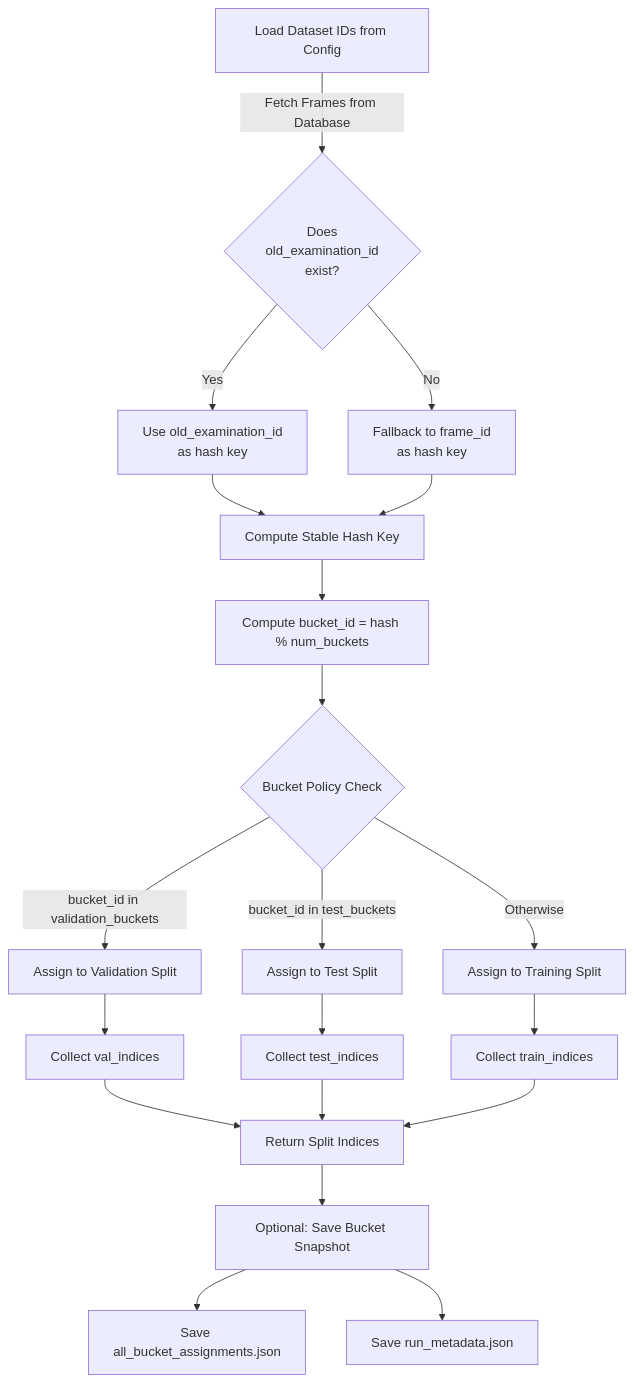
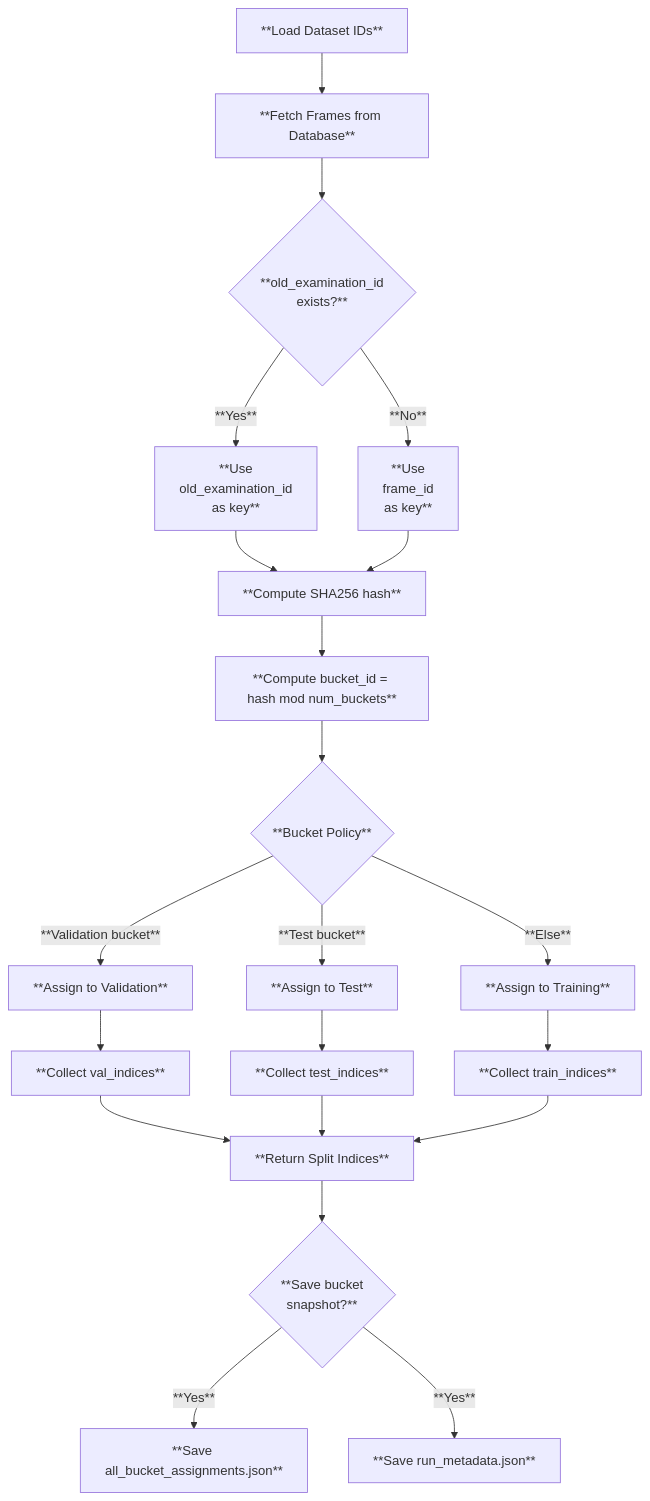
One commit to wg-lux/lx-ai changed the diagram in diagram/split.mmd. Above: the diagram before and after it, drawn with Mermaid. The commit also changed 11 other files, not shown here.

```diff
--- a/diagram/split.mmd
+++ b/diagram/split.mmd
@@ -1,32 +1,32 @@
 flowchart TD
 
-    A[Load Dataset IDs from Config]
+    A[**Load Dataset IDs**] --> B[**Fetch Frames from Database**]
 
-    A --> |Fetch Frames from Database|C{Does </br> old_examination_id </br> exist?}
+    B --> C{**old_examination_id</br> exists?**}
 
-    C -->|Yes| D[Use old_examination_id </br> as hash key]
-    C -->|No| E[Fallback to frame_id </br> as hash key]
+    C -->|**Yes**| D[**Use </br> old_examination_id</br> as key**]
+    C -->|**No**| E[**Use </br> frame_id</br> as key**]
 
-    D --> F[Compute Stable Hash Key]
+    D --> F[**Compute SHA256 hash**]
     E --> F
 
-    F --> G[Compute bucket_id = hash % num_buckets]
+    F --> G[**Compute bucket_id = hash mod num_buckets**]
 
-    G --> H{Bucket Policy Check}
+    G --> H{**Bucket Policy**}
 
-    H -->|bucket_id in validation_buckets| I[Assign to Validation Split]
-    H -->|bucket_id in test_buckets| J[Assign to Test Split]
-    H -->|Otherwise| K[Assign to Training Split]
+    H -->|**Validation bucket**| I[**Assign to Validation**]
+    H -->|**Test bucket**| J[**Assign to Test**]
+    H -->|**Else**| K[**Assign to Training**]
 
-    I --> L[Collect val_indices]
-    J --> M[Collect test_indices]
-    K --> N[Collect train_indices]
+    I --> L[**Collect val_indices**]
+    J --> M[**Collect test_indices**]
+    K --> N[**Collect train_indices**]
 
-    L --> O[Return Split Indices]
+    L --> O[**Return Split Indices**]
     M --> O
     N --> O
 
-    O --> P[Optional: Save Bucket Snapshot]
+    O --> P{**Save bucket</br> snapshot?**}
 
-    P --> Q[Save all_bucket_assignments.json]
-    P --> R[Save run_metadata.json]
+    P -->|**Yes**| Q[**Save all_bucket_assignments.json**]
+    P -->|**Yes**| R[**Save run_metadata.json**]
```
